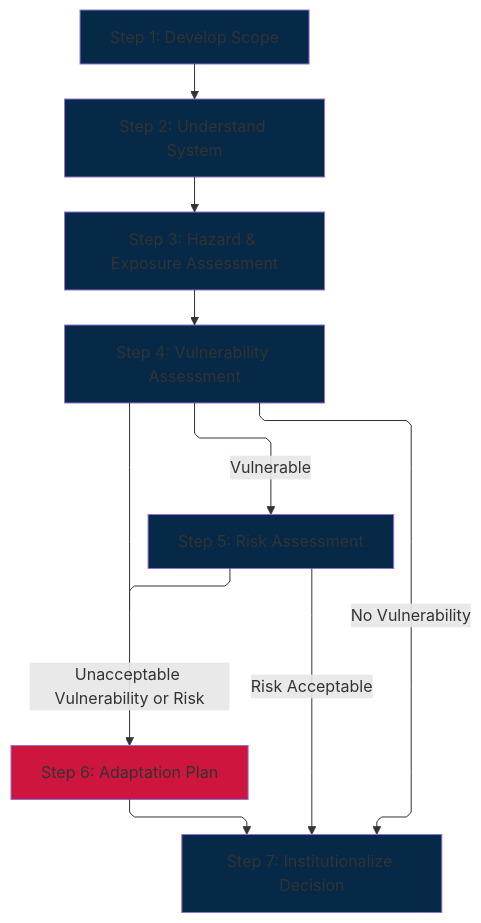
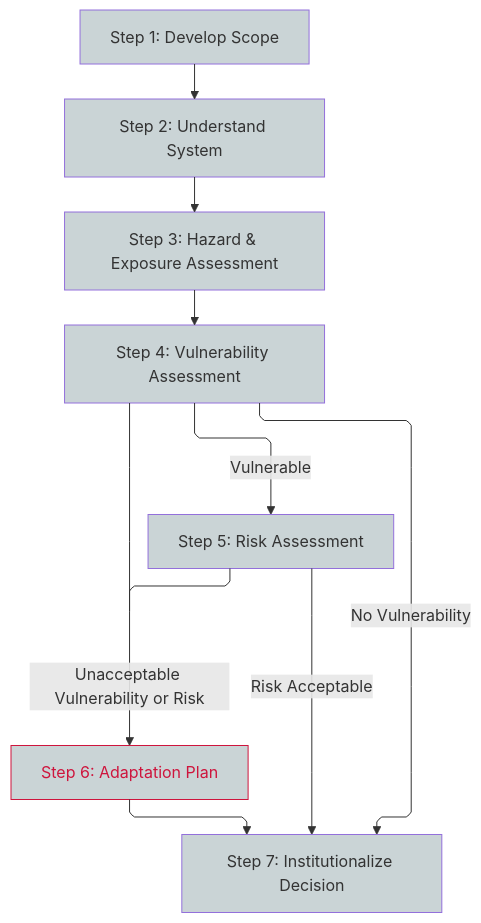
Before and after one commit to Ouranosinc/energy_climate_data_guide: the diagram in ecdg_report/adaptation/risk_step6_adapt.qmd, drawn with Mermaid. The commit also changed 8 other files, not shown here.

Commit message:
Updated colours of mermaid diagrams

````diff
--- a/ecdg_report/adaptation/risk_step6_adapt.qmd
+++ b/ecdg_report/adaptation/risk_step6_adapt.qmd
@@ -11,25 +11,25 @@
 ```{mermaid}
 %%| fig-align: center
 %%| fig-cap: "Generic Workflow for Adaptation"
 ---
 config:
     flowchart:
         curve: linear
 ---
 flowchart-elk TD
     A[Step 1: Develop Scope]:::basic --> B[Step 2: Understand System]:::basic
     B --> C[Step 3: Hazard & Exposure Assessment]:::basic
     C --> D[Step 4: Vulnerability Assessment]:::basic
     H[Step 7: Institutionalize Decision]:::basic
     D --> |No Vulnerability| H
     D --> |Vulnerable| E[Step 5: Risk Assessment]:::basic
     F[Step 6: Adaptation Plan]:::focus
     D & E --- J1[ ]:::join
     J1 --> |Unacceptable Vulnerability or Risk| F
     E --> |Risk Acceptable| H
     F --> H
 
-    classDef basic fill:#052946
-    classDef focus fill:#CE153D
+    classDef basic fill:#CAD4D6
+    classDef focus fill:#CAD4D6, stroke:#CE153D, color:#CE153D
     classDef join height:0px
 ```
````
